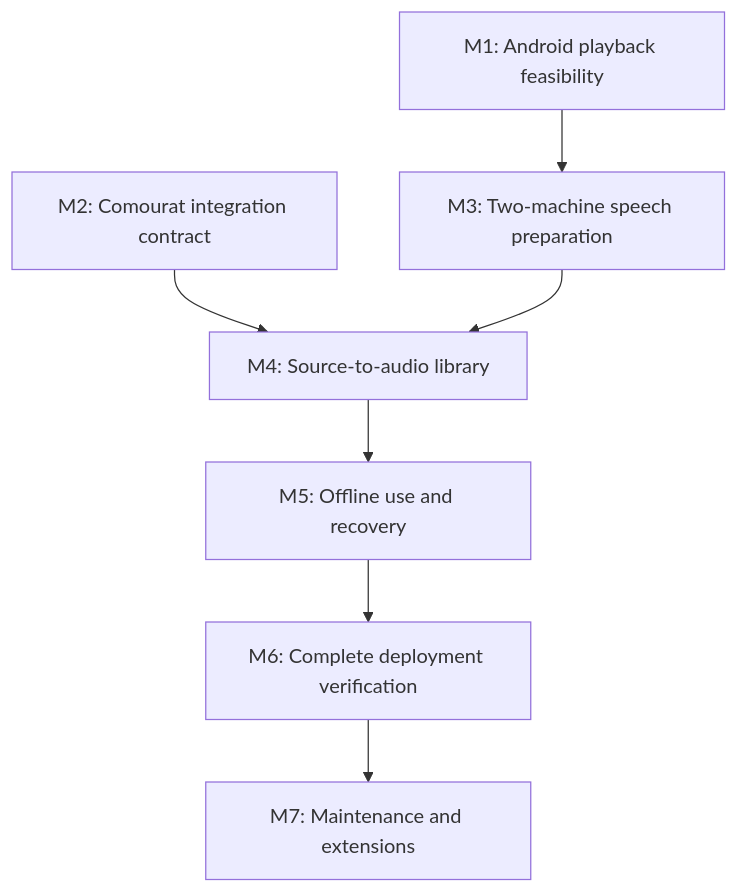
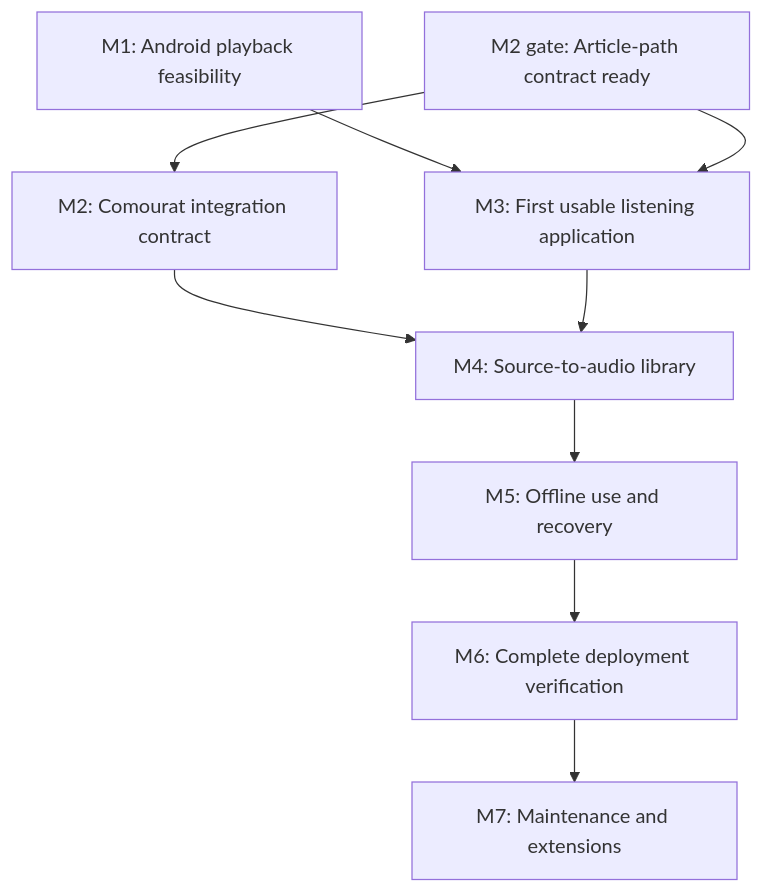
The second of 2 diagrams in .internal/constitution-spec.md (anton-pershin/vesna), drawn with Mermaid before and after one commit. The commit also changed other lines of this file, not shown here.

Commit message:
Revise roadmap and support Markdown uploads

````diff
--- a/.internal/constitution-spec.md
+++ b/.internal/constitution-spec.md
@@ -354,16 +357,19 @@
 ```mermaid
 flowchart TD
   M1["M1: Android playback feasibility"]
   M2["M2: Comourat integration contract"]
-  M3["M3: Two-machine speech preparation"]
+  M2A["M2 gate: Article-path contract ready"]
+  M3["M3: First usable listening application"]
   M4["M4: Source-to-audio library"]
   M5["M5: Offline use and recovery"]
   M6["M6: Complete deployment verification"]
   M7["M7: Maintenance and extensions"]
   M1 --> M3
+  M2A --> M2
+  M2A --> M3
   M2 --> M4
   M3 --> M4
   M4 --> M5
   M5 --> M6
   M6 --> M7
 ```
````
